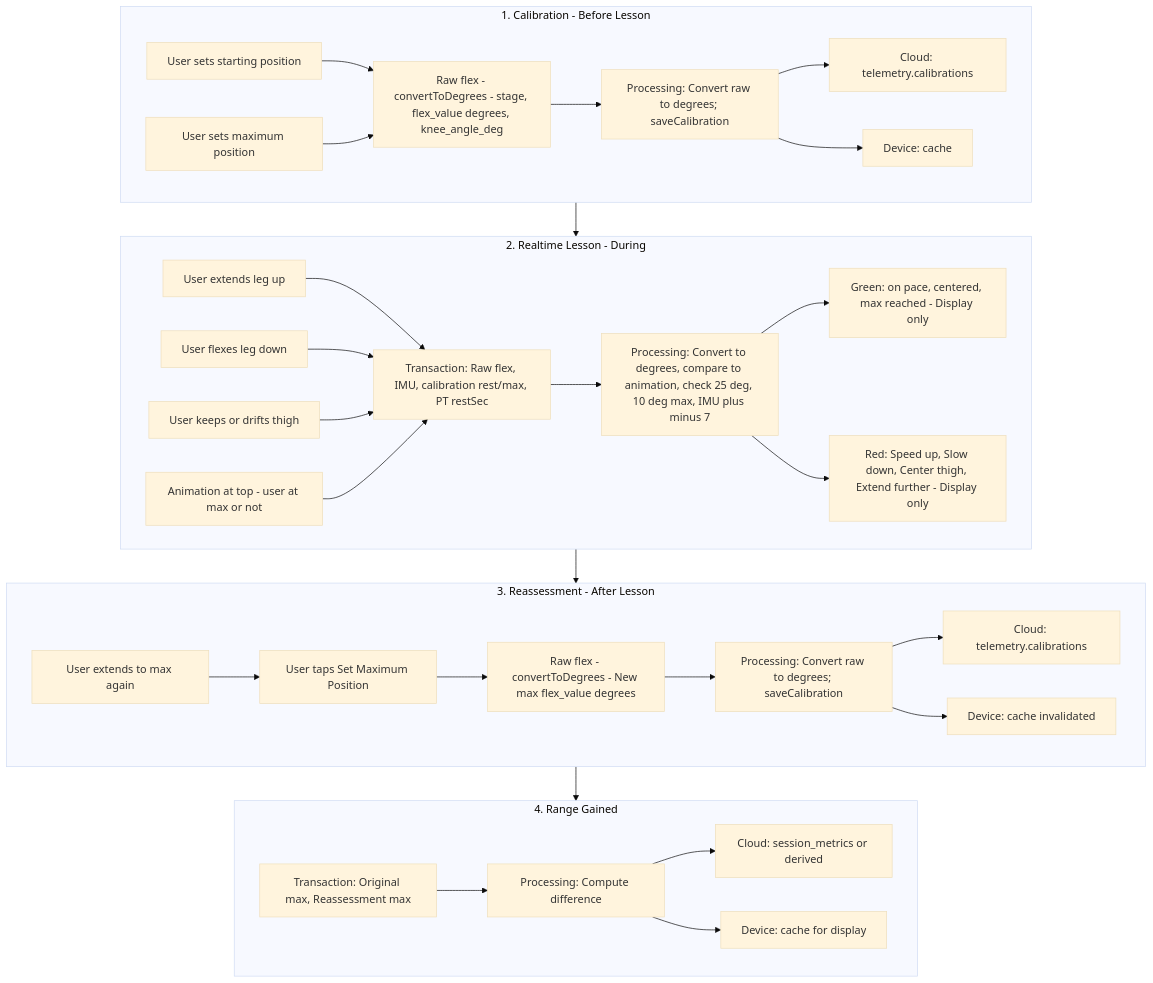
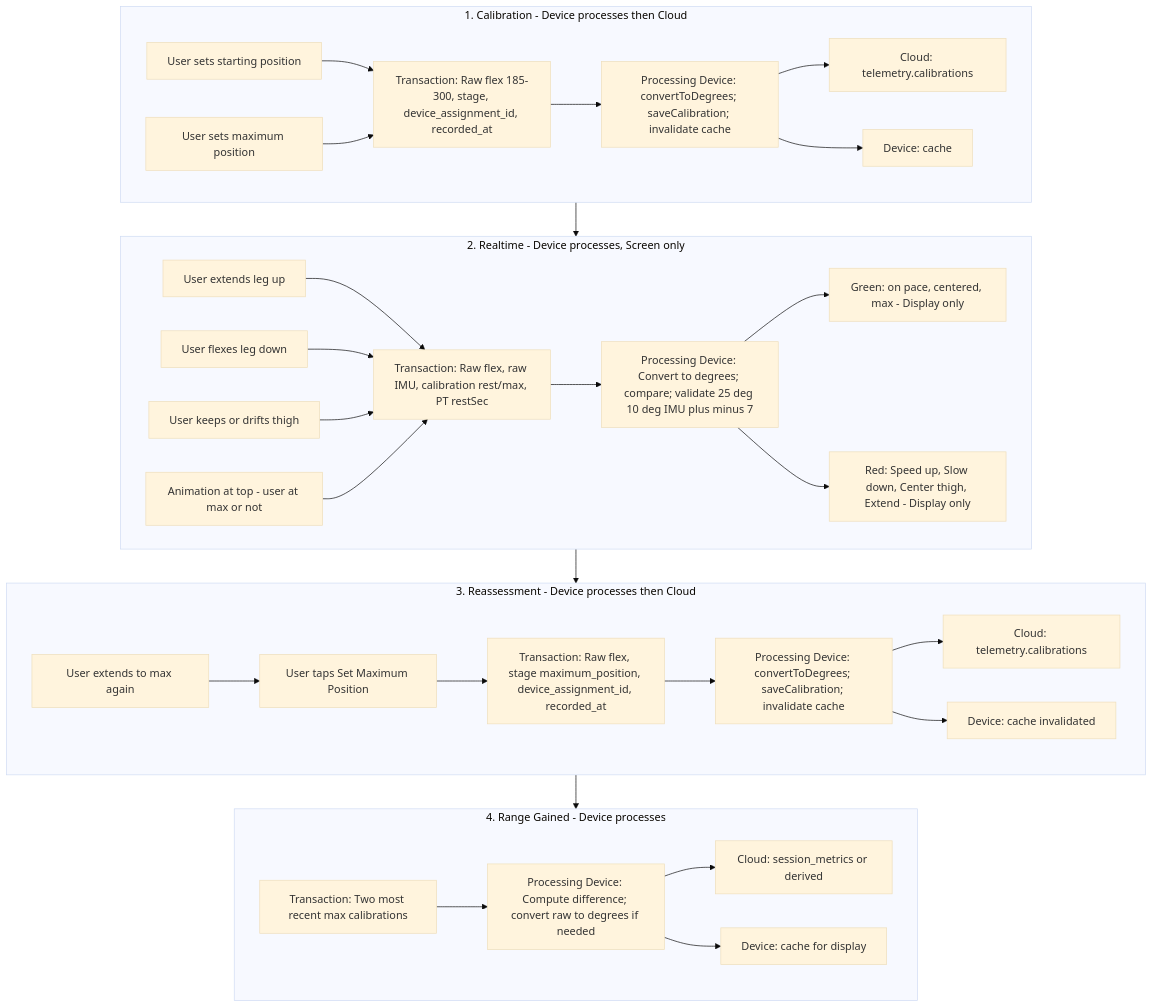
One commit to seanja5/realrehab-mvp changed the third of 8 diagrams in docs/DATA_FLOW.md. Above: the diagram before and after it, drawn with Mermaid (base theme). The commit also changed other lines of this file, not shown here.

First line of the commit message:
docs: clarify device vs cloud processing in DATA_FLOW module flows

````diff
--- a/docs/DATA_FLOW.md
+++ b/docs/DATA_FLOW.md
@@ -223,62 +241,62 @@
 ```mermaid
 flowchart TB
-    subgraph Calibration ["1. Calibration - Before Lesson"]
+    subgraph Calibration ["1. Calibration - Device processes then Cloud"]
         A1[User sets starting position]
         A2[User sets maximum position]
-        T1[Raw flex - convertToDegrees - stage, flex_value degrees, knee_angle_deg]
-        P1[Processing: Convert raw to degrees; saveCalibration]
+        T1[Transaction: Raw flex 185-300, stage, device_assignment_id, recorded_at]
+        P1[Processing Device: convertToDegrees; saveCalibration; invalidate cache]
         D1[Cloud: telemetry.calibrations]
         D2[Device: cache]
         A1 --> T1
         A2 --> T1
         T1 --> P1
         P1 --> D1
         P1 --> D2
     end
 
-    subgraph Realtime ["2. Realtime Lesson - During"]
+    subgraph Realtime ["2. Realtime - Device processes, Screen only"]
         B1[User extends leg up]
         B2[User flexes leg down]
         B3[User keeps or drifts thigh]
         B4[Animation at top - user at max or not]
-        T2[Transaction: Raw flex, IMU, calibration rest/max, PT restSec]
-        P2[Processing: Convert to degrees, compare to animation, check 25 deg, 10 deg max, IMU plus minus 7]
-        R1[Green: on pace, centered, max reached - Display only]
-        R2[Red: Speed up, Slow down, Center thigh, Extend further - Display only]
+        T2[Transaction: Raw flex, raw IMU, calibration rest/max, PT restSec]
+        P2[Processing Device: Convert to degrees; compare; validate 25 deg 10 deg IMU plus minus 7]
+        R1[Green: on pace, centered, max - Display only]
+        R2[Red: Speed up, Slow down, Center thigh, Extend - Display only]
         B1 --> T2
         B2 --> T2
         B3 --> T2
         B4 --> T2
         T2 --> P2
         P2 --> R1
         P2 --> R2
     end
 
-    subgraph Reassessment ["3. Reassessment - After Lesson"]
+    subgraph Reassessment ["3. Reassessment - Device processes then Cloud"]
         C1[User extends to max again]
         C2[User taps Set Maximum Position]
-        T3[Raw flex - convertToDegrees - New max flex_value degrees]
-        P3[Processing: Convert raw to degrees; saveCalibration]
+        T3[Transaction: Raw flex, stage maximum_position, device_assignment_id, recorded_at]
+        P3[Processing Device: convertToDegrees; saveCalibration; invalidate cache]
         D3[Cloud: telemetry.calibrations]
         D4[Device: cache invalidated]
         C1 --> C2
         C2 --> T3
         T3 --> P3
         P3 --> D3
         P3 --> D4
     end
 
-    subgraph RangeGained ["4. Range Gained"]
-        T4[Transaction: Original max, Reassessment max]
-        P4[Processing: Compute difference]
+    subgraph RangeGained ["4. Range Gained - Device processes"]
+        T4[Transaction: Two most recent max calibrations]
+        P4[Processing Device: Compute difference; convert raw to degrees if needed]
         D5[Cloud: session_metrics or derived]
         D6[Device: cache for display]
         T4 --> P4
         P4 --> D5
         P4 --> D6
     end
 
     Calibration --> Realtime
     Realtime --> Reassessment
     Reassessment --> RangeGained
 ```
````
